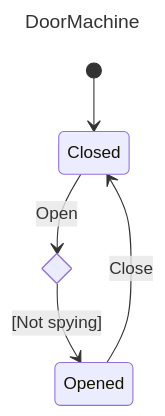
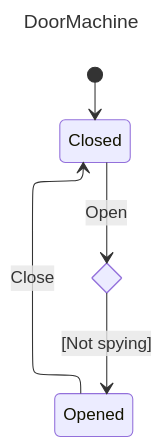
Before and after one commit to nalu-development/sharpstate: the diagram in README.md, drawn with Mermaid. The commit also changed other lines of this file and 10 other files, not shown here.

Commit message:
Make Mermaid export better

````diff
--- a/README.md
+++ b/README.md
@@ -166,14 +167,15 @@
 ```mermaid
 ---
 title: "DoorMachine"
 ---
+%%{init: {"layout": "elk"}}%%
 stateDiagram-v2
 
   state "Closed" as state_0
   state "Opened" as state_1
   [*] --> state_0
   state choice_0 <<choice>>
   state_0 --> choice_0 : Open
   choice_0 --> state_1 : [Not spying]
   state_1 --> state_0 : Close
 ```
````
